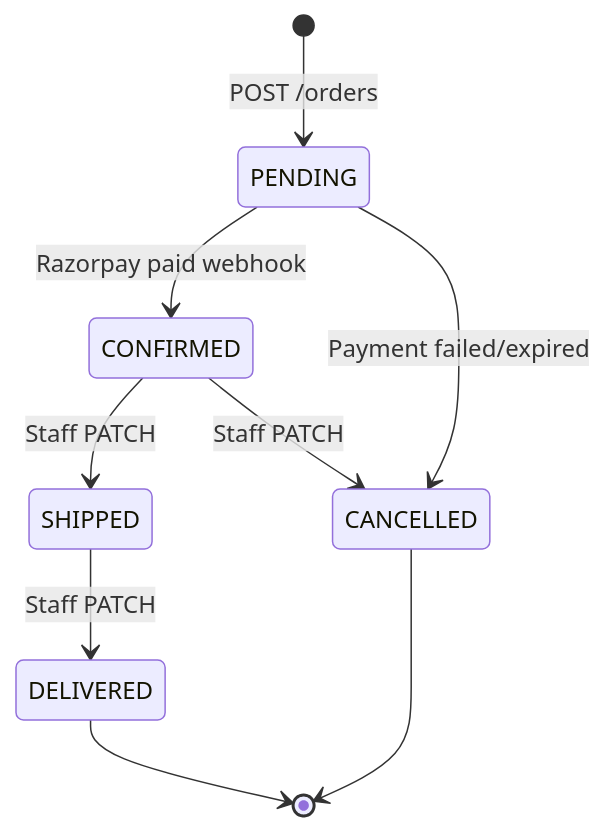
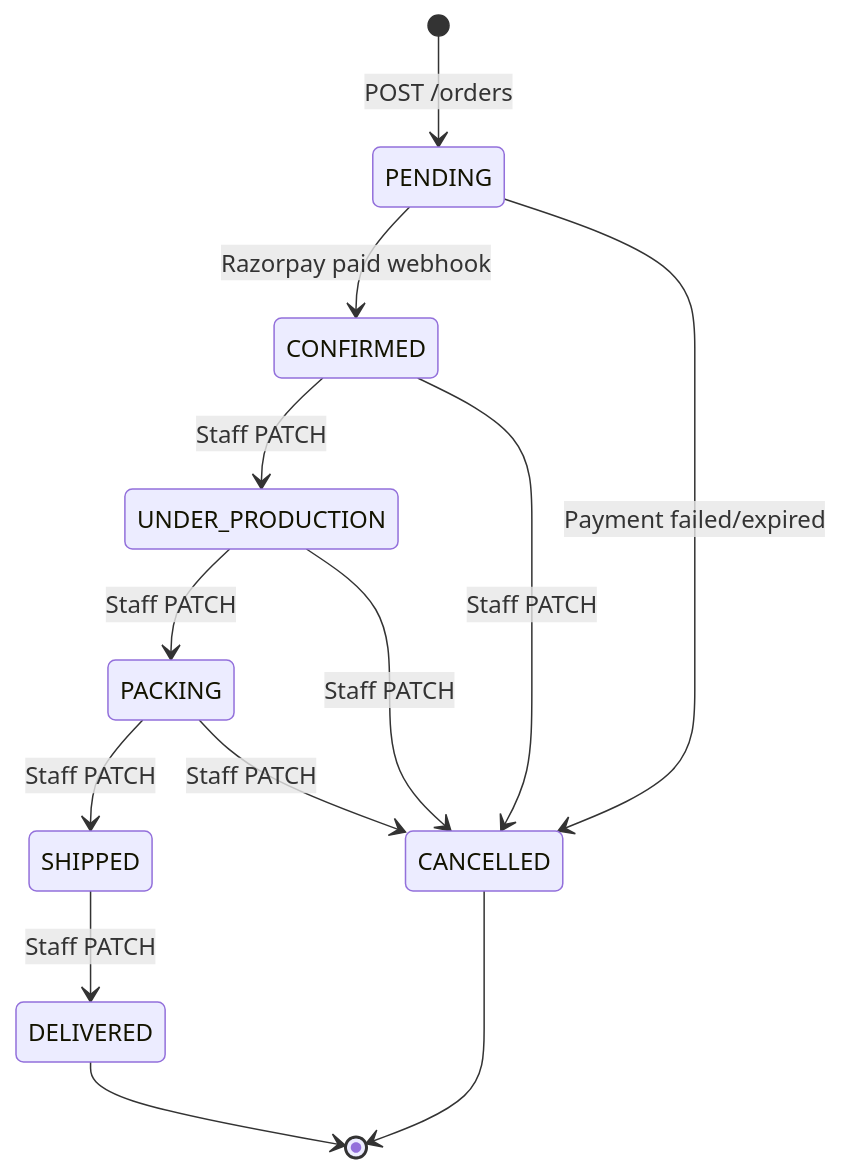
One commit to prakashdev0508/admin-chaayafur changed the diagram in docs/orders.md. Above: the diagram before and after it, drawn with Mermaid. The commit also changed other lines of this file and 6 other files, not shown here.

````diff
--- a/docs/orders.md
+++ b/docs/orders.md
@@ -54,11 +56,15 @@
 ```mermaid
 stateDiagram-v2
     [*] --> PENDING: POST /orders
     PENDING --> CONFIRMED: Razorpay paid webhook
     PENDING --> CANCELLED: Payment failed/expired
-    CONFIRMED --> SHIPPED: Staff PATCH
+    CONFIRMED --> UNDER_PRODUCTION: Staff PATCH
     CONFIRMED --> CANCELLED: Staff PATCH
+    UNDER_PRODUCTION --> PACKING: Staff PATCH
+    UNDER_PRODUCTION --> CANCELLED: Staff PATCH
+    PACKING --> SHIPPED: Staff PATCH
+    PACKING --> CANCELLED: Staff PATCH
     SHIPPED --> DELIVERED: Staff PATCH
     DELIVERED --> [*]
     CANCELLED --> [*]
 ```
````
